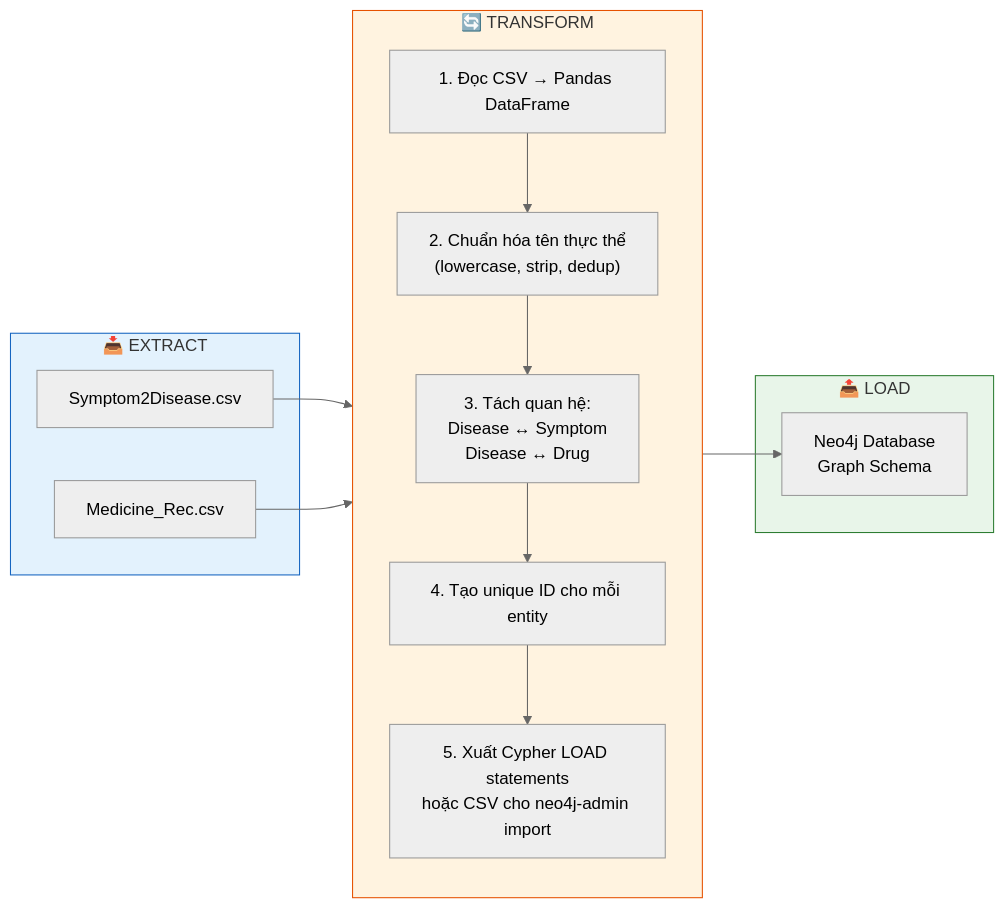
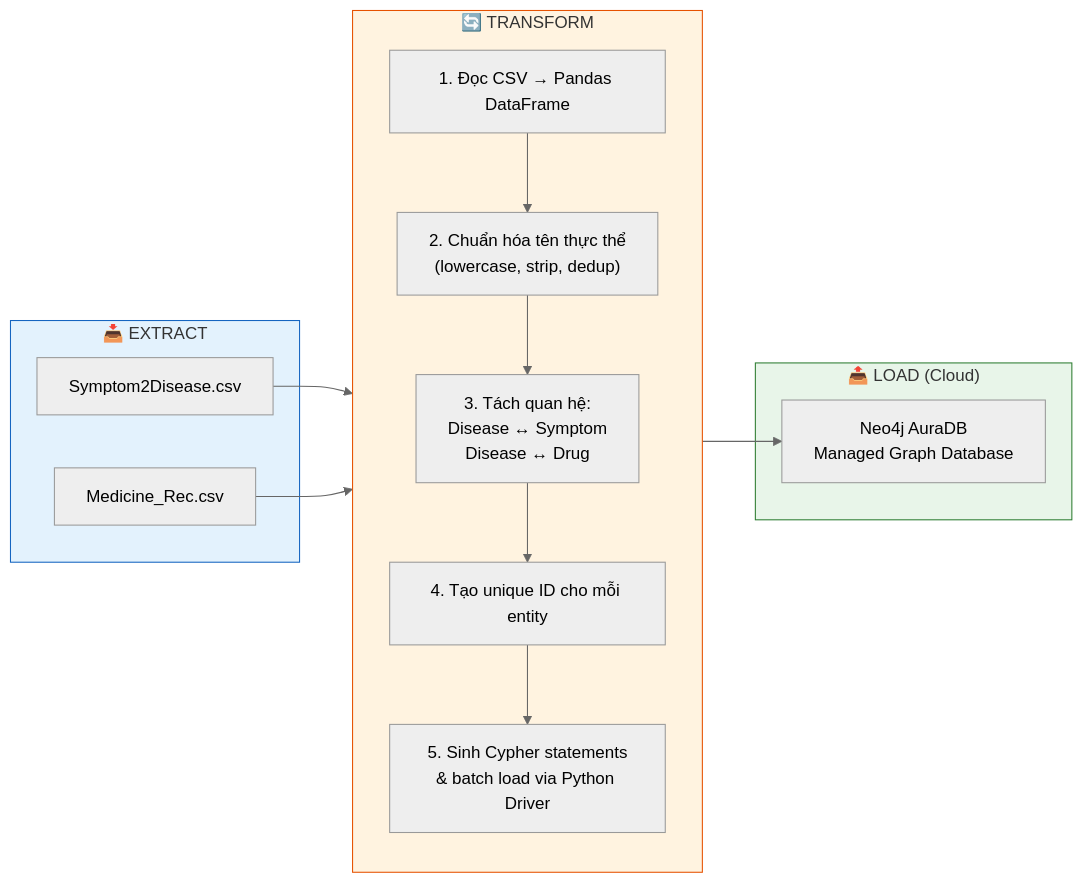
The first of 2 diagrams in docs/03_DATA_PIPELINE_AND_SCHEMA.md (NgBaoAnn/kbqa), drawn with Mermaid (neutral theme) before and after one commit. The commit also changed other lines of this file and 3 other files, not shown here.

First line of the commit message:
docs: update all references to Neo4j AuraDB (managed cloud database)

````diff
--- a/docs/03_DATA_PIPELINE_AND_SCHEMA.md
+++ b/docs/03_DATA_PIPELINE_AND_SCHEMA.md
@@ -33,29 +33,29 @@
 ```mermaid
 flowchart LR
     subgraph EXTRACT ["📥 EXTRACT"]
         CSV1["Symptom2Disease.csv"]
         CSV2["Medicine_Rec.csv"]
     end
 
     subgraph TRANSFORM ["🔄 TRANSFORM"]
         direction TB
         T1["1. Đọc CSV → Pandas DataFrame"]
         T2["2. Chuẩn hóa tên thực thể<br/>(lowercase, strip, dedup)"]
         T3["3. Tách quan hệ:<br/>Disease ↔ Symptom<br/>Disease ↔ Drug"]
         T4["4. Tạo unique ID cho mỗi entity"]
-        T5["5. Xuất Cypher LOAD statements<br/>hoặc CSV cho neo4j-admin import"]
+        T5["5. Sinh Cypher statements<br/>& batch load via Python Driver"]
     end
 
-    subgraph LOAD ["📤 LOAD"]
-        NEO["Neo4j Database<br/>Graph Schema"]
+    subgraph LOAD ["📤 LOAD (Cloud)"]
+        NEO["Neo4j AuraDB<br/>Managed Graph Database"]
     end
 
     CSV1 --> T1
     CSV2 --> T1
     T1 --> T2 --> T3 --> T4 --> T5
     T5 --> NEO
 
     style EXTRACT fill:#e3f2fd,stroke:#1565c0
     style TRANSFORM fill:#fff3e0,stroke:#e65100
     style LOAD fill:#e8f5e9,stroke:#2e7d32
 ```
````
